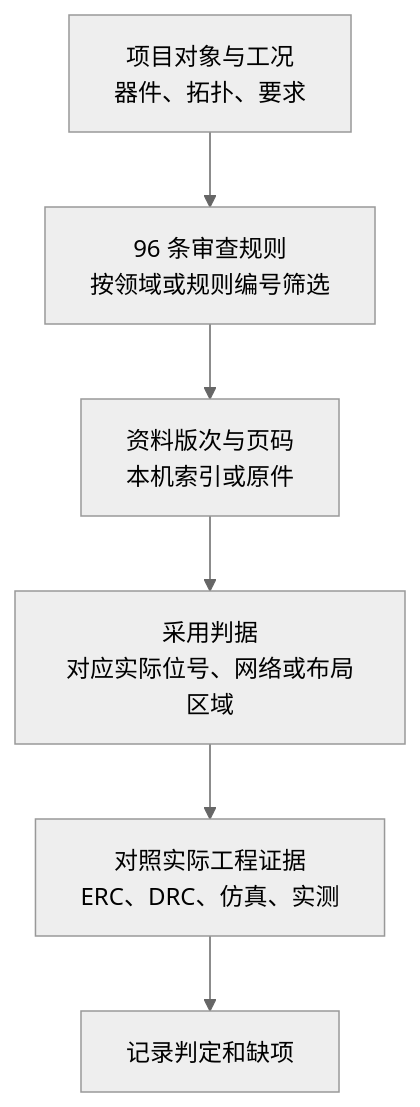
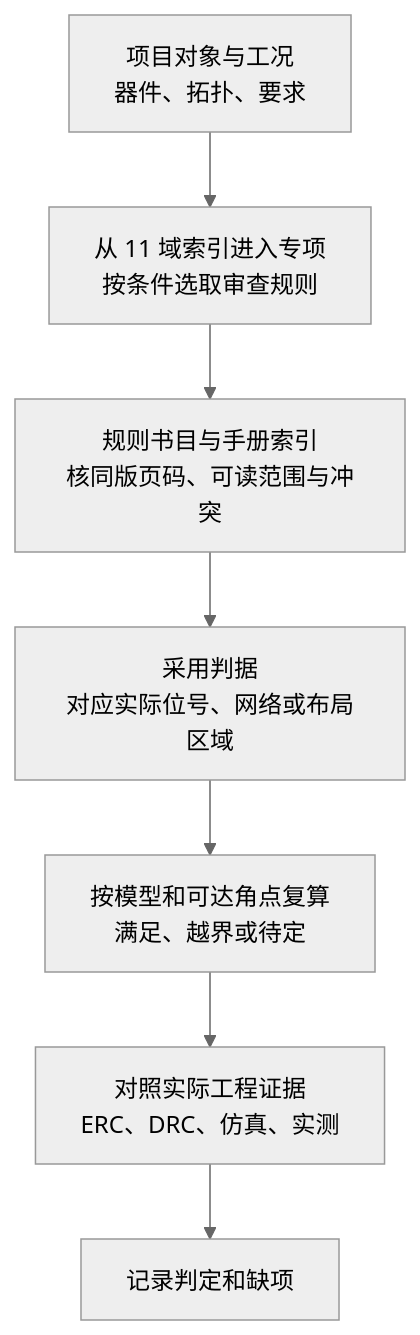
The third of 9 diagrams in docs/architecture-guide.md (zhr1008/hardware-design-skills), drawn with Mermaid (neutral theme) before and after one commit. The commit also changed other lines of this file and 109 other files, not shown here.

````diff
--- a/docs/architecture-guide.md
+++ b/docs/architecture-guide.md
@@ -42,8 +44,9 @@
 ```mermaid
 flowchart TD
-  A["项目对象与工况<br/>器件、拓扑、要求"] --> B["96 条审查规则<br/>按领域或规则编号筛选"]
-  B --> C["资料版次与页码<br/>本机索引或原件"]
+  A["项目对象与工况<br/>器件、拓扑、要求"] --> B["从 11 域索引进入专项<br/>按条件选取审查规则"]
+  B --> C["规则书目与手册索引<br/>核同版页码、可读范围与冲突"]
   C --> D["采用判据<br/>对应实际位号、网络或布局区域"]
-  D --> E["对照实际工程证据<br/>ERC、DRC、仿真、实测"]
+  D --> K["按模型和可达角点复算<br/>满足、越界或待定"]
+  K --> E["对照实际工程证据<br/>ERC、DRC、仿真、实测"]
   E --> F["记录判定和缺项"]
 ```
````
